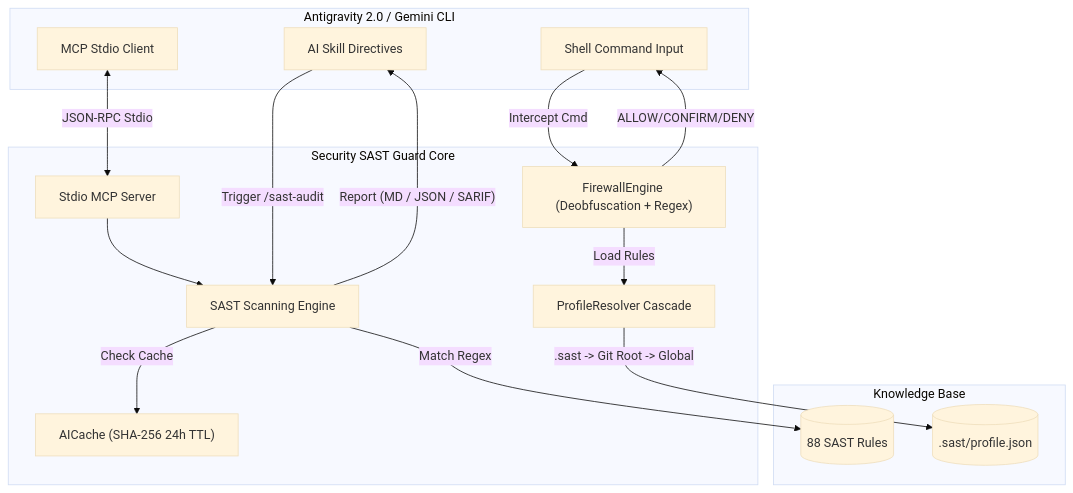
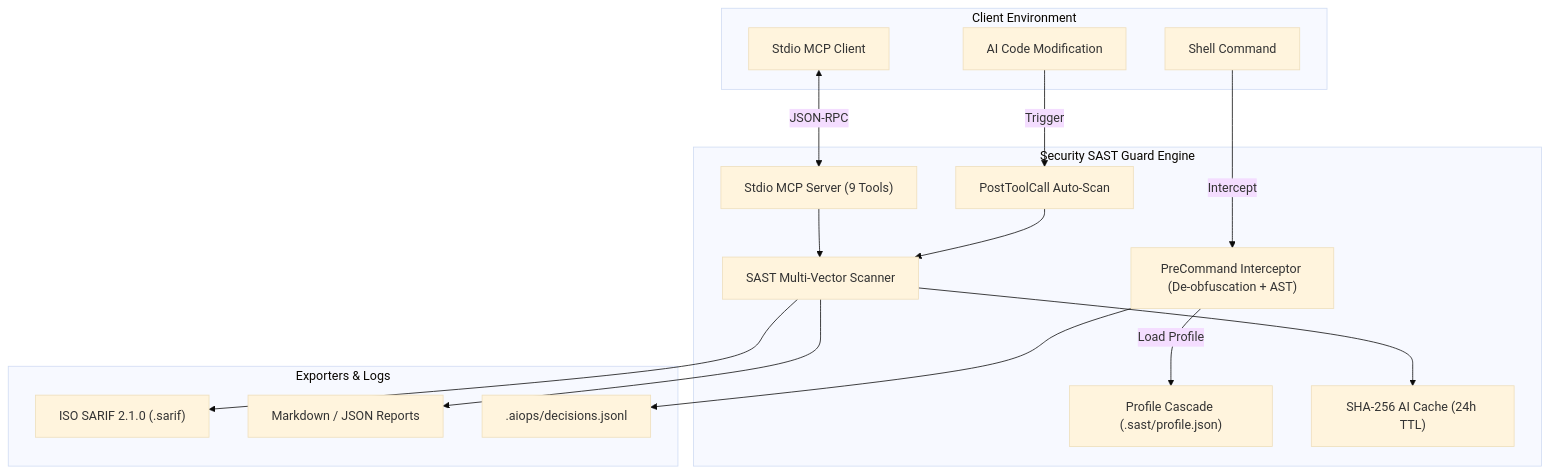
The diagram in README.md (nguyenduydan/security-sast-guard-plugin), drawn with Mermaid (base theme) before and after one commit. The commit also changed other lines of this file and 3 other files, not shown here.

Commit message:
refactor(docs): update architecture topology SVG and landing page UI

````diff
--- a/README.md
+++ b/README.md
@@ -78,34 +42,34 @@
 ```mermaid
 flowchart TD
-    subgraph Client["Antigravity 2.0 / Gemini CLI"]
-        UserCmd["Shell Command Input"]
-        AISkill["AI Skill Directives"]
-        MCPClient["MCP Stdio Client"]
+    subgraph Client["Client Environment"]
+        CmdInput["Shell Command"]
+        FileEdit["AI Code Modification"]
+        MCPClient["Stdio MCP Client"]
     end
 
-    subgraph SecurityGuard["Security SAST Guard Core"]
-        Firewall["FirewallEngine (Deobfuscation + Regex)"]
-        Scanner["SAST Scanning Engine"]
-        MCPServer["Stdio MCP Server"]
-        Resolver["ProfileResolver Cascade"]
-        AICache["AICache (SHA-256 24h TTL)"]
+    subgraph CoreEngine["Security SAST Guard Engine"]
+        Firewall["PreCommand Interceptor (De-obfuscation + AST)"]
+        HookScan["PostToolCall Auto-Scan"]
+        MCPServer["Stdio MCP Server (9 Tools)"]
+        Resolver["Profile Cascade (.sast/profile.json)"]
+        SASTScan["SAST Multi-Vector Scanner"]
+        AICache["SHA-256 AI Cache (24h TTL)"]
+      end
+
+    subgraph Exporters["Exporters & Logs"]
+        SARIF["ISO SARIF 2.1.0 (.sarif)"]
+        MDJSON["Markdown / JSON Reports"]
+        AuditLog[".aiops/decisions.jsonl"]
     end
 
-    subgraph Storage["Knowledge Base"]
-        RuleDB[("88 SAST Rules")]
-        LocalProfile[(".sast/profile.json")]
-    end
-
-    UserCmd -->|"Intercept Cmd"| Firewall
-    Firewall -->|"Load Rules"| Resolver
-    Resolver -->|".sast -> Git Root -> Global"| LocalProfile
-    Firewall -->|"ALLOW/CONFIRM/DENY"| UserCmd
-
-    MCPClient <-->|"JSON-RPC Stdio"| MCPServer
-    MCPServer --> Scanner
-
-    AISkill -->|"Trigger /sast-audit"| Scanner
-    Scanner -->|"Match Regex"| RuleDB
-    Scanner -->|"Check Cache"| AICache
-    Scanner -->|"Report (MD / JSON / SARIF)"| AISkill
+    CmdInput -->|"Intercept"| Firewall
+    FileEdit -->|"Trigger"| HookScan
+    Firewall -->|"Load Profile"| Resolver
+    HookScan --> SASTScan
+    MCPClient <-->|"JSON-RPC"| MCPServer
+    MCPServer --> SASTScan
+    SASTScan --> AICache
+    SASTScan --> SARIF
+    SASTScan --> MDJSON
+    Firewall --> AuditLog
 ```
````
